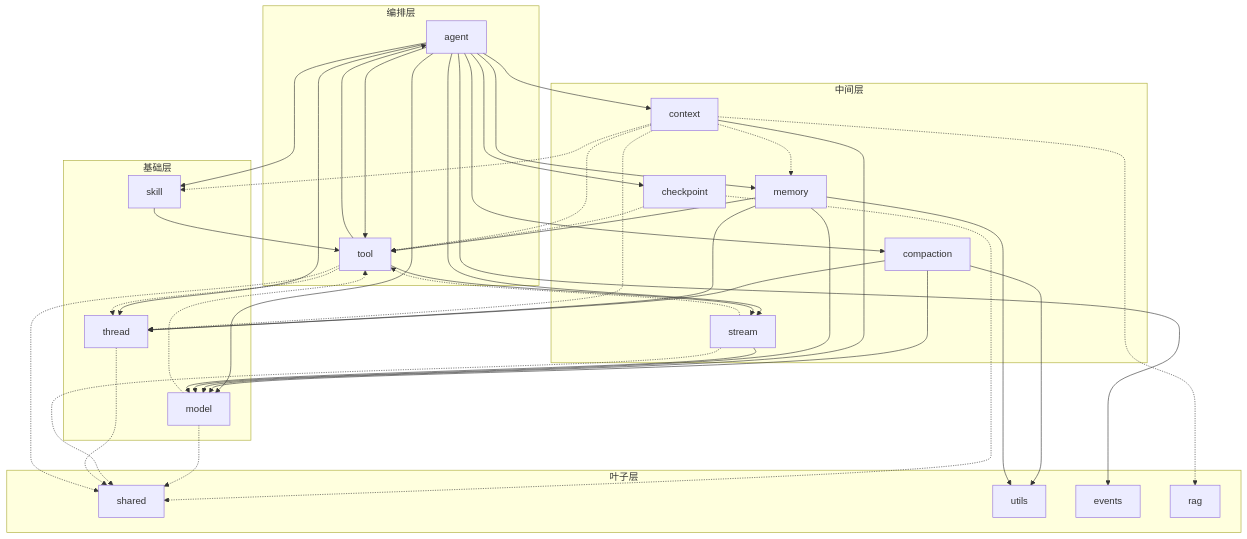
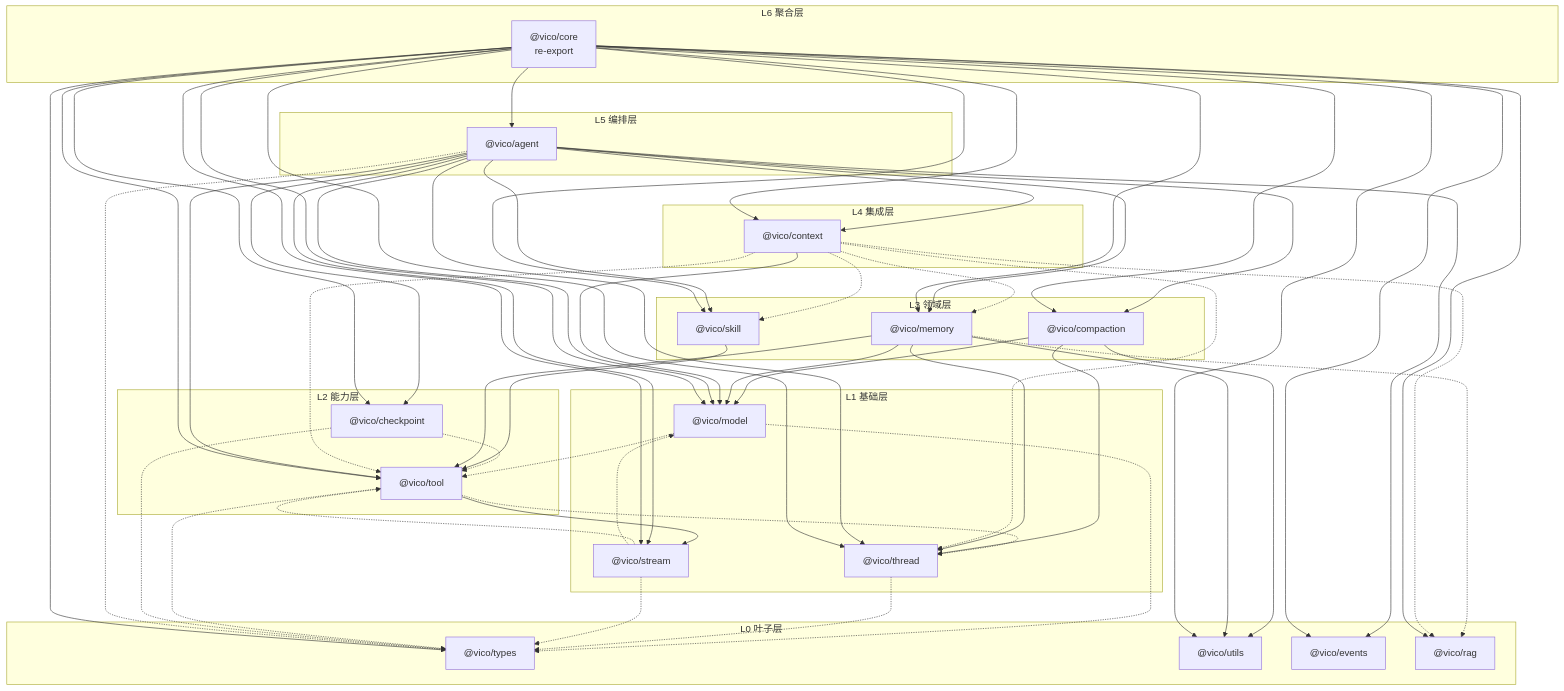
One commit to slince/vico changed the diagram in packages/core/DEPENDENCIES.md. Above: the diagram before and after it, drawn with Mermaid. The commit also changed other lines of this file and 163 other files, not shown here.

````diff
--- a/packages/core/DEPENDENCIES.md
+++ b/packages/core/DEPENDENCIES.md
@@ -13,69 +12,95 @@
 ```mermaid
 flowchart TD
-    subgraph L3["编排层"]
-        agent["agent"]
-        tool["tool"]
+    subgraph L6["L6 聚合层"]
+        core["@vico/core<br/>re-export"]
     end
-    subgraph L2["中间层"]
-        checkpoint["checkpoint"]
-        compaction["compaction"]
-        context["context"]
-        stream["stream"]
-        memory["memory"]
+    subgraph L5["L5 编排层"]
+        agent["@vico/agent"]
     end
-    subgraph L1["基础层"]
-        model["model"]
-        thread["thread"]
-        skill["skill"]
+    subgraph L4["L4 集成层"]
+        context["@vico/context"]
     end
-    subgraph L0["叶子层"]
-        shared["shared"]
-        utils["utils"]
-        events["events"]
-        rag["rag"]
+    subgraph L3["L3 领域层"]
+        skill["@vico/skill"]
+        compaction["@vico/compaction"]
+        memory["@vico/memory"]
+    end
+    subgraph L2["L2 能力层"]
+        tool["@vico/tool"]
+        checkpoint["@vico/checkpoint"]
+    end
+    subgraph L1["L1 基础层"]
+        model["@vico/model"]
+        thread["@vico/thread"]
+        stream["@vico/stream"]
+    end
+    subgraph L0["L0 叶子层"]
+        types["@vico/types"]
+        utils["@vico/utils"]
+        events["@vico/events"]
+        rag["@vico/rag"]
     end
 
-    %% ---- 运行时值依赖（实线）----
-    agent --> checkpoint
-    agent --> compaction
-    agent --> context
-    agent --> events
-    agent --> memory
-    agent --> model
-    agent --> skill
-    agent --> stream
-    agent --> thread
-    agent --> tool
+    %% ---- L1/L2 → types（纯类型，虚线）----
+    model -.-> types
+    thread -.-> types
+    stream -.-> types
+    tool -.-> types
+    checkpoint -.-> types
 
+    %% ---- 基础层互依（type-only 环 + 唯一值边 tool→stream）----
+    model -.-> tool
+    stream -.-> tool
+    stream -.-> model
+    tool --> stream
+    tool -.-> thread
+    checkpoint -.-> tool
+
+    %% ---- 领域层 ----
+    skill --> tool
     compaction --> model
     compaction --> thread
     compaction --> utils
-
-    context --> model
     memory --> model
     memory --> thread
     memory --> tool
     memory --> utils
+    memory -.-> rag
 
-    skill --> tool
-    stream --> model
-
-    tool --> agent
-    tool --> stream
-
-    %% ---- 仅类型依赖（虚线）----
-    checkpoint -.-> shared
-    checkpoint -.-> tool
+    %% ---- 集成层（仅 model 为值依赖，其余端口为类型注入）----
+    context --> model
     context -.-> memory
     context -.-> rag
     context -.-> skill
     context -.-> thread
     context -.-> tool
-    model -.-> shared
-    model -.-> tool
-    stream -.-> shared
-    stream -.-> tool
-    thread -.-> shared
-    tool -.-> shared
-    tool -.-> thread
+
+    %% ---- 编排层 ----
+    agent -.-> types
+    agent --> events
+    agent --> model
+    agent --> thread
+    agent --> stream
+    agent --> tool
+    agent --> skill
+    agent --> checkpoint
+    agent --> compaction
+    agent --> memory
+    agent --> context
+
+    %% ---- 聚合壳（纯 re-export）----
+    core --> agent
+    core --> context
+    core --> tool
+    core --> checkpoint
+    core --> skill
+    core --> compaction
+    core --> memory
+    core --> model
+    core --> thread
+    core --> stream
+    core --> types
+    core --> utils
+    core --> events
+    core --> rag
 ```
````
